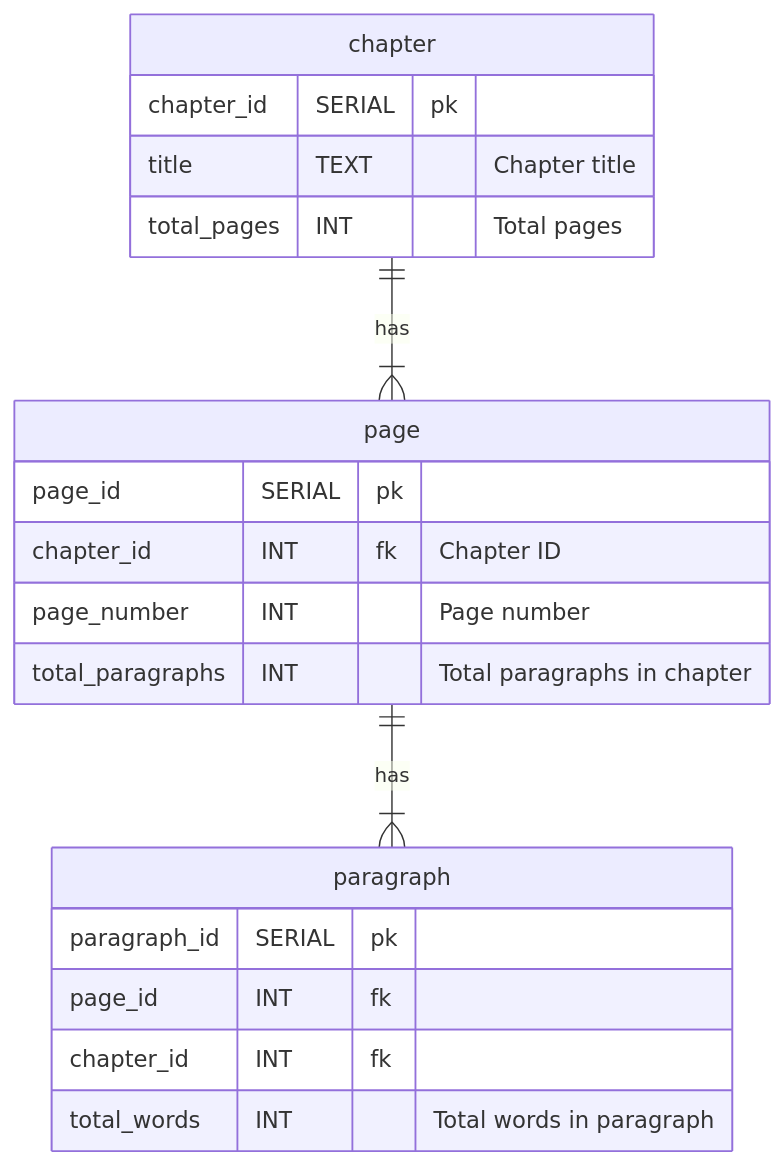
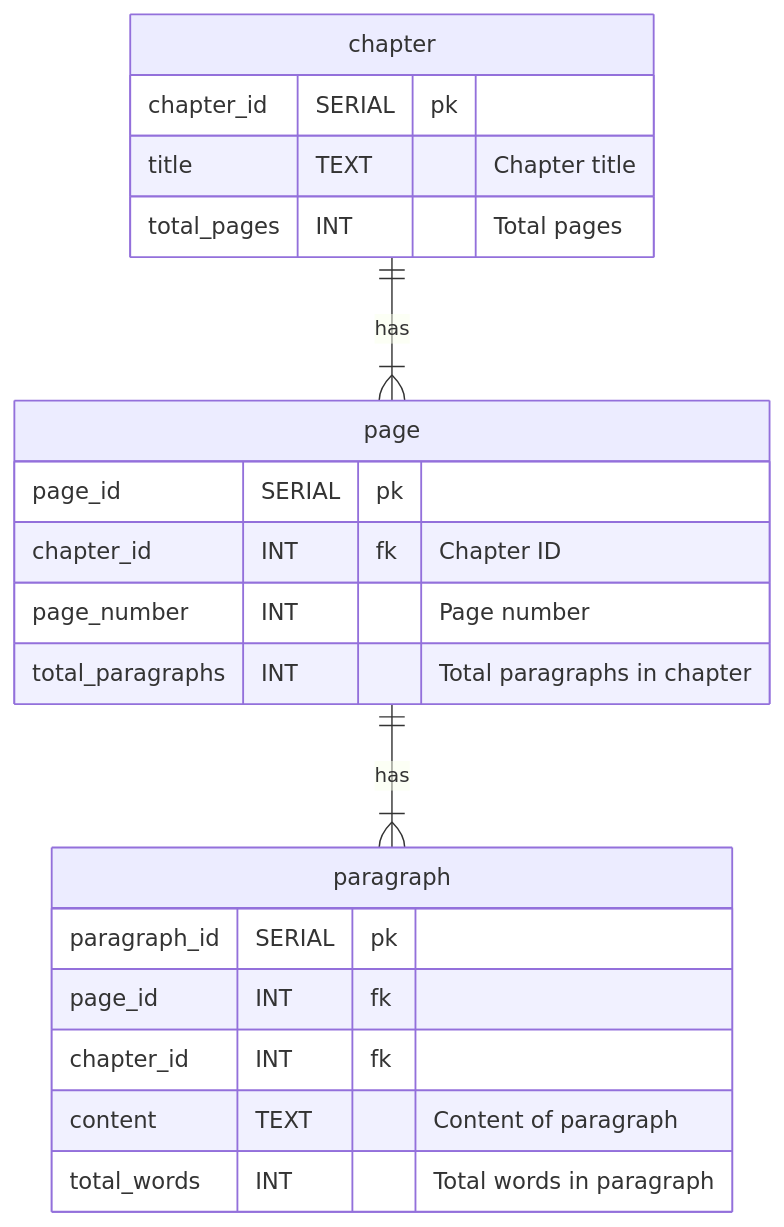
The diagram in README.md (it-sd-sqc/sqc-project-BeizengVue92), drawn with Mermaid before and after one commit.

````diff
--- a/README.md
+++ b/README.md
@@ -9,22 +9,23 @@
 ```mermaid
 erDiagram
     chapter ||--|{ page : has
     chapter {
         chapter_id SERIAL pk
         title TEXT "Chapter title"
         total_pages INT "Total pages"
     }
     page ||--|{ paragraph : has
     page {
         page_id SERIAL pk
         chapter_id INT fk "Chapter ID"
         page_number INT "Page number"
         total_paragraphs INT "Total paragraphs in chapter"
     }
     paragraph {
         paragraph_id SERIAL pk
         page_id INT fk
         chapter_id INT fk
+        content TEXT "Content of paragraph"
         total_words INT "Total words in paragraph"
     }
 ```
````
